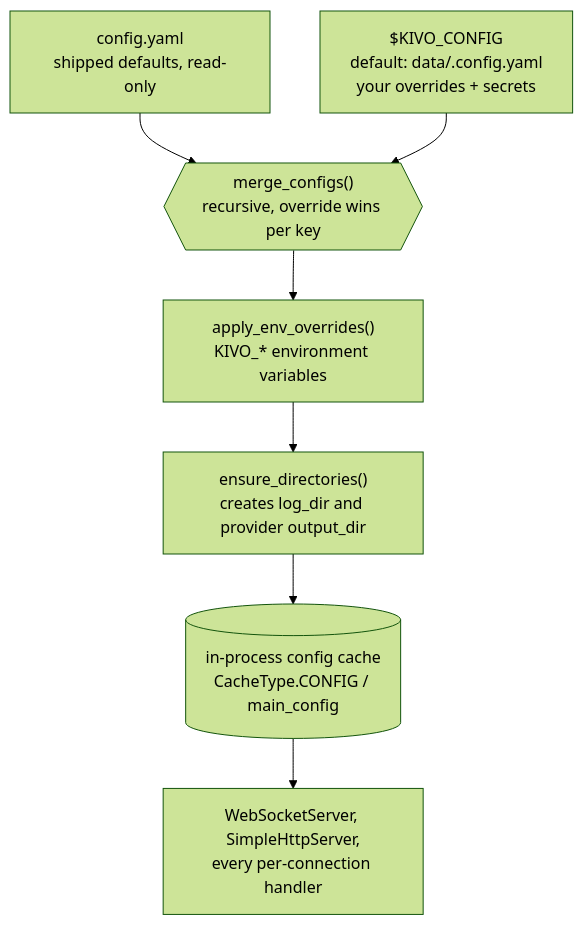
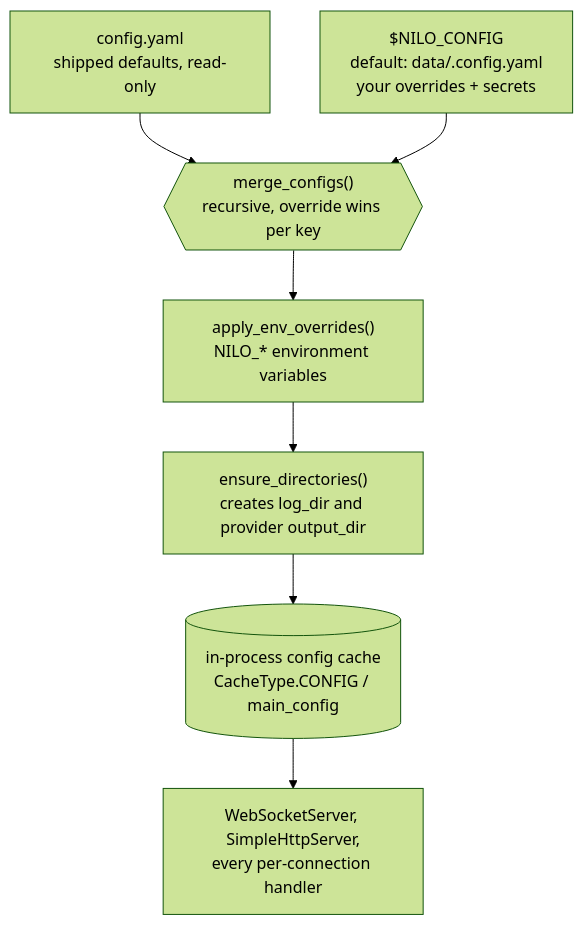
One commit to AA-Box/Nilo changed the first of 3 diagrams in docs/configuration.md. Above: the diagram before and after it, drawn with Mermaid (forest theme). The commit also changed other lines of this file and 307 other files, not shown here.

````diff
--- a/docs/configuration.md
+++ b/docs/configuration.md
@@ -20,9 +20,9 @@
 ```mermaid
 flowchart TD
     A["config.yaml<br/>shipped defaults, read-only"] --> M{{"merge_configs()<br/>recursive, override wins per key"}}
-    B["$KIVO_CONFIG<br/>default: data/.config.yaml<br/>your overrides + secrets"] --> M
-    M --> E["apply_env_overrides()<br/>KIVO_* environment variables"]
+    B["$NILO_CONFIG<br/>default: data/.config.yaml<br/>your overrides + secrets"] --> M
+    M --> E["apply_env_overrides()<br/>NILO_* environment variables"]
     E --> D["ensure_directories()<br/>creates log_dir and provider output_dir"]
     D --> C[("in-process config cache<br/>CacheType.CONFIG / main_config")]
     C --> S["WebSocketServer, SimpleHttpServer,<br/>every per-connection handler"]
 ```
````
